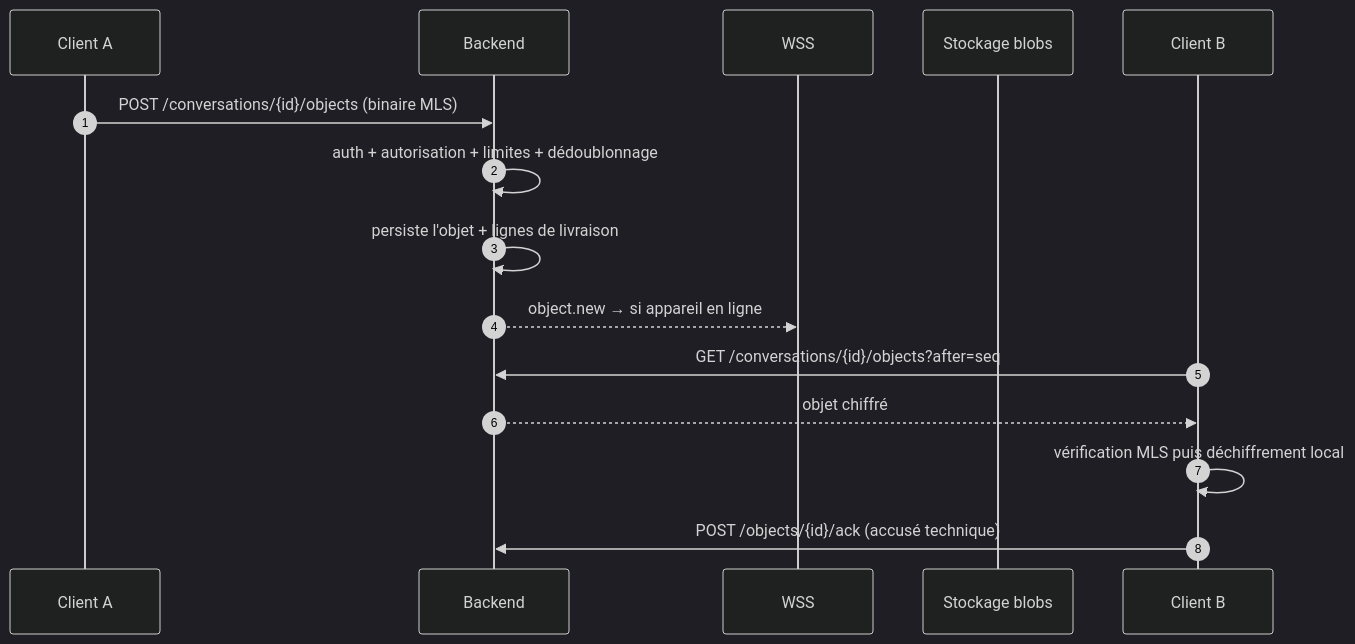
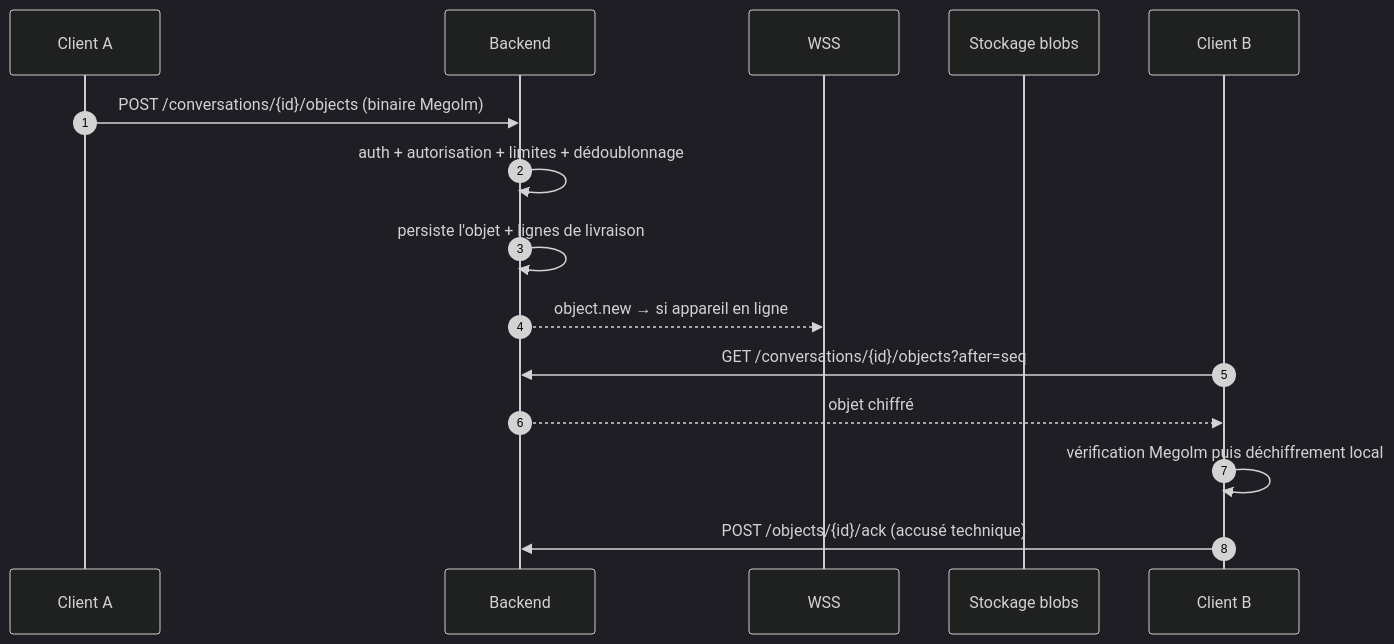
Before and after one commit to YaogoGerard/goama: the diagram in docs/08_interfaces_api.md, drawn with Mermaid (dark theme). The commit also changed other lines of this file and 83 other files, not shown here.

````diff
--- a/docs/08_interfaces_api.md
+++ b/docs/08_interfaces_api.md
@@ -89,18 +89,18 @@
 ```mermaid
 sequenceDiagram
     autonumber
     participant C as Client A
     participant B as Backend
     participant W as WSS
     participant S as Stockage blobs
     participant D as Client B
 
-    C->>B: POST /conversations/{id}/objects (binaire MLS)
+    C->>B: POST /conversations/{id}/objects (binaire Megolm)
     B->>B: auth + autorisation + limites + dédoublonnage
     B->>B: persiste l'objet + lignes de livraison
     B-->>W: object.new → si appareil en ligne
     D->>B: GET /conversations/{id}/objects?after=seq
     B-->>D: objet chiffré
-    D->>D: vérification MLS puis déchiffrement local
+    D->>D: vérification Megolm puis déchiffrement local
     D->>B: POST /objects/{id}/ack (accusé technique)
 ```
````
